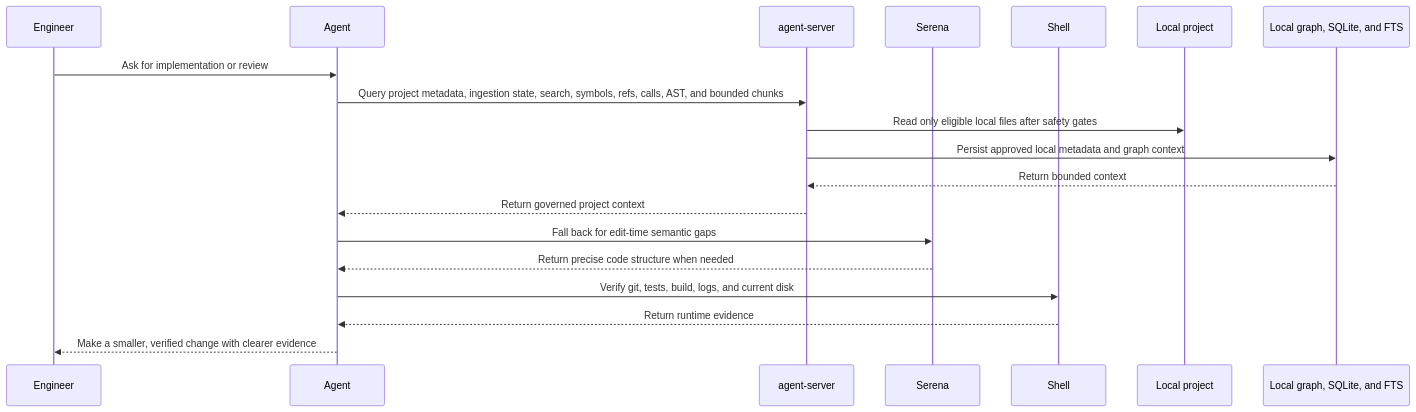
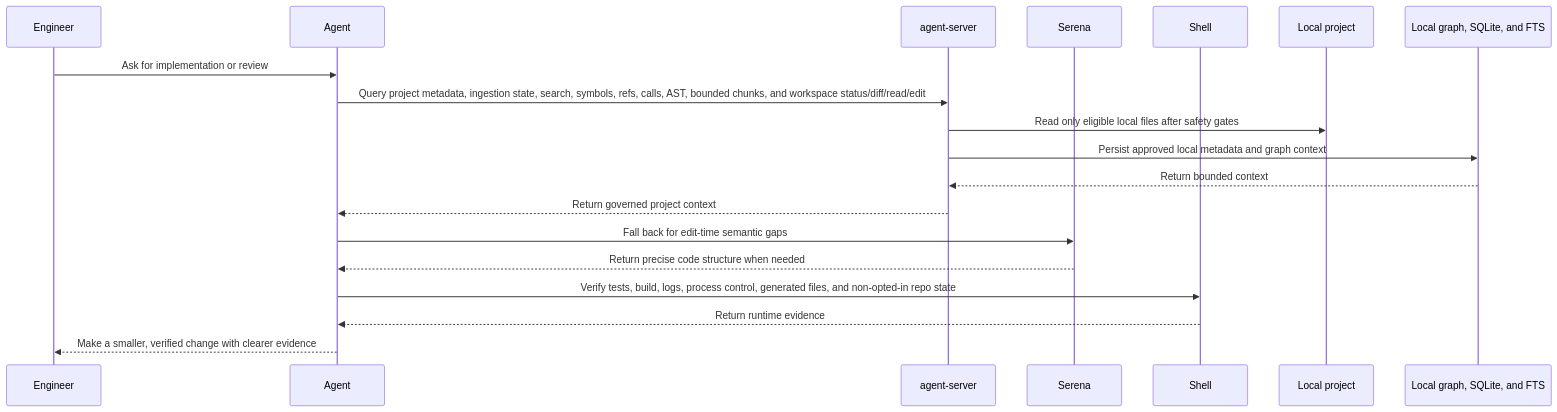
One commit to MiviaLabs/go-mivia changed the fourth of 4 diagrams in README.md. Above: the diagram before and after it, drawn with Mermaid. The commit also changed other lines of this file and 6 other files, not shown here.

````diff
--- a/README.md
+++ b/README.md
@@ -177,22 +185,22 @@
 ```mermaid
 sequenceDiagram
   participant Engineer
   participant Agent
   participant Server as agent-server
   participant Serena
   participant Shell
   participant Project as Local project
   participant Store as Local graph, SQLite, and FTS
 
   Engineer->>Agent: Ask for implementation or review
-  Agent->>Server: Query project metadata, ingestion state, search, symbols, refs, calls, AST, and bounded chunks
+  Agent->>Server: Query project metadata, ingestion state, search, symbols, refs, calls, AST, bounded chunks, and workspace status/diff/read/edit
   Server->>Project: Read only eligible local files after safety gates
   Server->>Store: Persist approved local metadata and graph context
   Store-->>Server: Return bounded context
   Server-->>Agent: Return governed project context
   Agent->>Serena: Fall back for edit-time semantic gaps
   Serena-->>Agent: Return precise code structure when needed
-  Agent->>Shell: Verify git, tests, build, logs, and current disk
+  Agent->>Shell: Verify tests, build, logs, process control, generated files, and non-opted-in repo state
   Shell-->>Agent: Return runtime evidence
   Agent-->>Engineer: Make a smaller, verified change with clearer evidence
 ```
````
